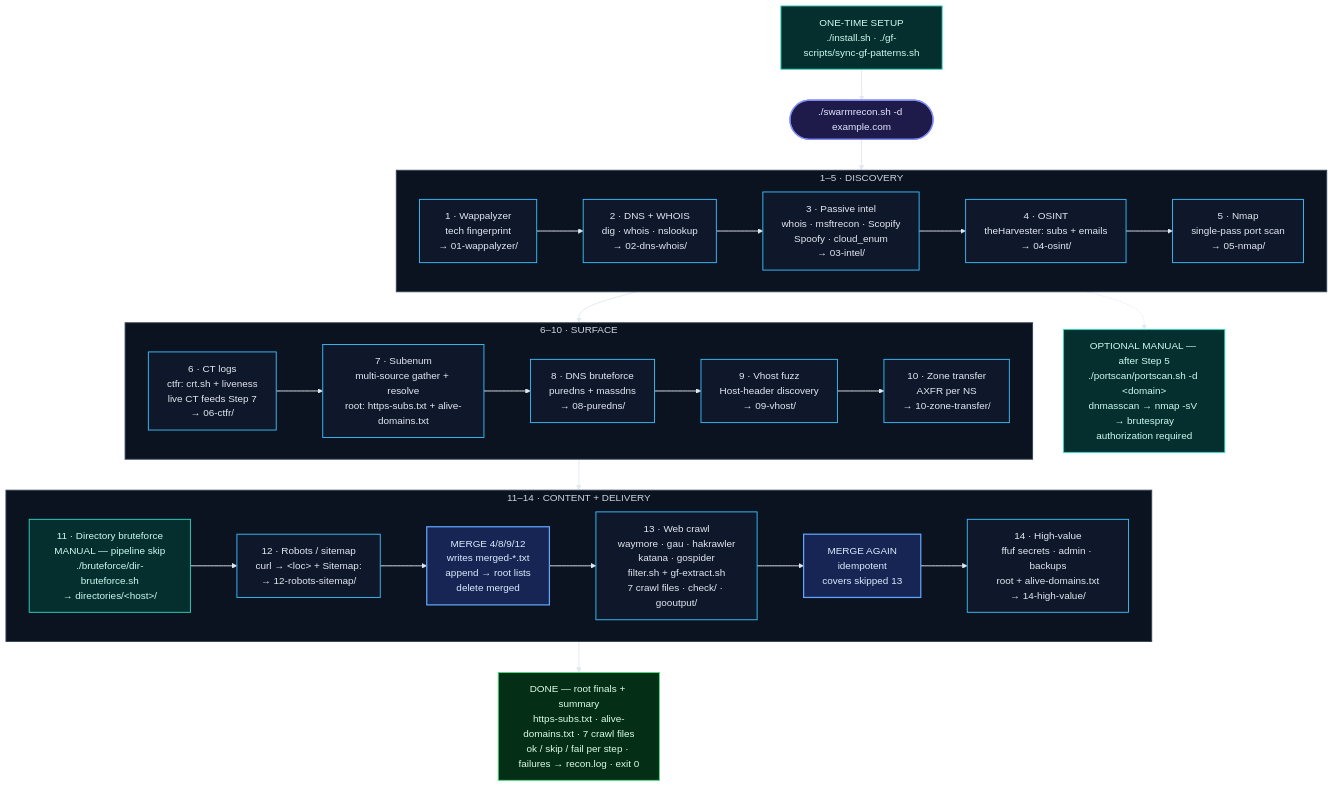
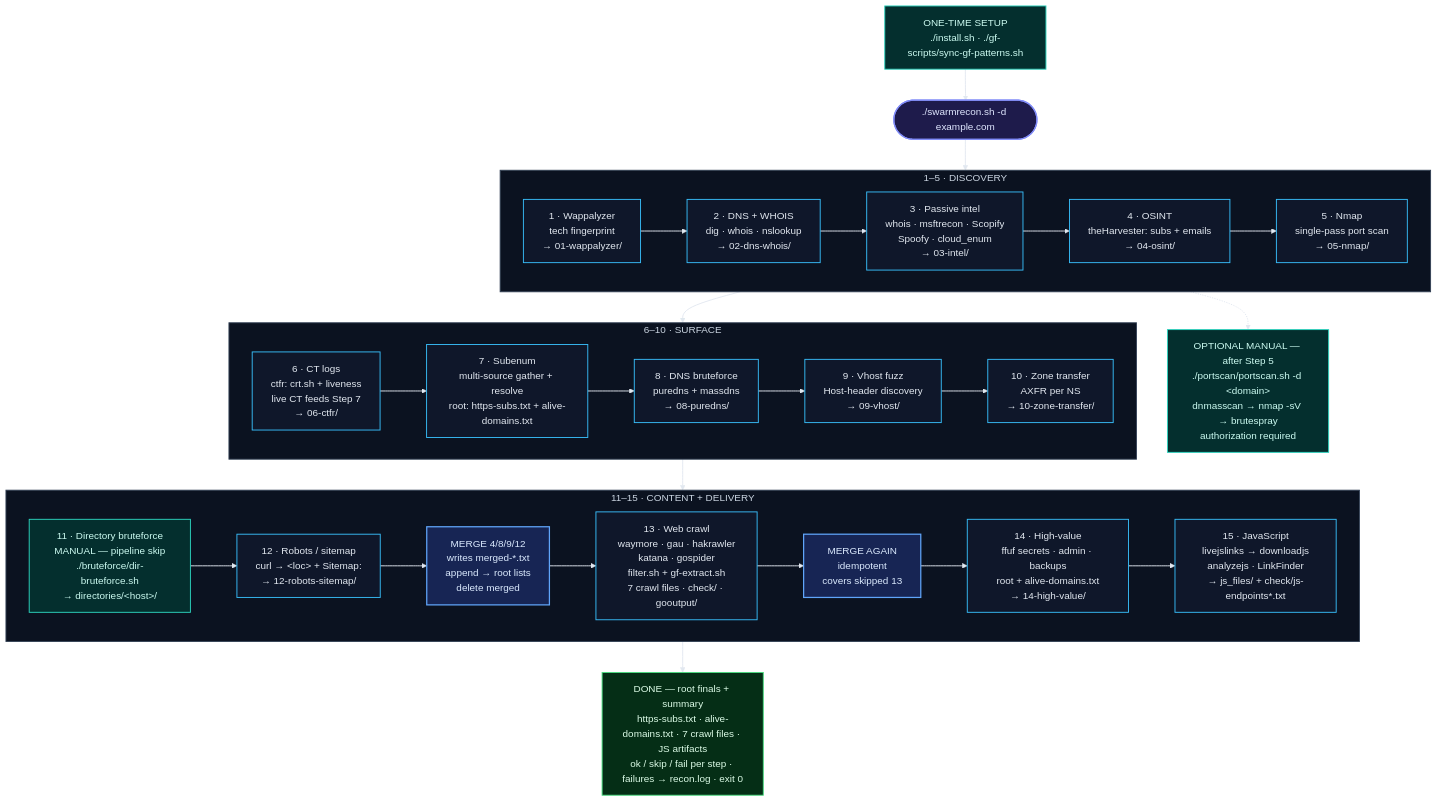
The second of 2 diagrams in README.md (manojxshrestha/swarmrecon), drawn with Mermaid (neutral theme) before and after one commit. The commit also changed other lines of this file and 6 other files, not shown here.

Commit message:
Add Step 15 JS pipeline (js-links.sh, downloadjs.py, analyzejs.py, linkfinder.sh, js-endpoints.py), update install.sh and README.md

````diff
--- a/README.md
+++ b/README.md
@@ -614,46 +656,47 @@
 ```mermaid
 flowchart TD
     classDef entry fill:#1e1b4b,stroke:#818cf8,stroke-width:2px,color:#e0e7ff
     classDef phase fill:#0f172a,stroke:#38bdf8,stroke-width:1.5px,color:#e2e8f0
     classDef manual fill:#042f2e,stroke:#2dd4bf,stroke-width:1.5px,color:#ccfbf1
     classDef merge fill:#172554,stroke:#60a5fa,stroke-width:2px,color:#dbeafe
     classDef artifact fill:#052e16,stroke:#4ade80,stroke-width:1.5px,color:#dcfce7
 
     SETUP["ONE-TIME SETUP<br/>./install.sh · ./gf-scripts/sync-gf-patterns.sh"]:::manual --> RUN(["./swarmrecon.sh -d example.com"]):::entry
 
     subgraph P1["1–5 · DISCOVERY"]
         direction LR
         S1["1 · Wappalyzer<br/>tech fingerprint<br/>→ 01-wappalyzer/"]:::phase --> S2["2 · DNS + WHOIS<br/>dig · whois · nslookup<br/>→ 02-dns-whois/"]:::phase
         S2 --> S3["3 · Passive intel<br/>whois · msftrecon · Scopify<br/>Spoofy · cloud_enum<br/>→ 03-intel/"]:::phase
         S3 --> S4["4 · OSINT<br/>theHarvester: subs + emails<br/>→ 04-osint/"]:::phase
         S4 --> S5["5 · Nmap<br/>single-pass port scan<br/>→ 05-nmap/"]:::phase
     end
 
     subgraph P2["6–10 · SURFACE"]
         direction LR
         S6["6 · CT logs<br/>ctfr: crt.sh + liveness<br/>live CT feeds Step 7<br/>→ 06-ctfr/"]:::phase --> S7["7 · Subenum<br/>multi-source gather + resolve<br/>root: https-subs.txt + alive-domains.txt"]:::phase
         S7 --> S8["8 · DNS bruteforce<br/>puredns + massdns<br/>→ 08-puredns/"]:::phase
         S8 --> S9["9 · Vhost fuzz<br/>Host-header discovery<br/>→ 09-vhost/"]:::phase
         S9 --> S10["10 · Zone transfer<br/>AXFR per NS<br/>→ 10-zone-transfer/"]:::phase
     end
 
-    subgraph P3["11–14 · CONTENT + DELIVERY"]
+    subgraph P3["11–15 · CONTENT + DELIVERY"]
         direction LR
         S11["11 · Directory bruteforce<br/>MANUAL — pipeline skip<br/>./bruteforce/dir-bruteforce.sh<br/>→ directories/&lt;host&gt;/"]:::manual --> S12["12 · Robots / sitemap<br/>curl → &lt;loc&gt; + Sitemap:<br/>→ 12-robots-sitemap/"]:::phase
         S12 --> M13["MERGE 4/8/9/12<br/>writes merged-*.txt<br/>append → root lists<br/>delete merged"]:::merge
         M13 --> S13["13 · Web crawl<br/>waymore · gau · hakrawler<br/>katana · gospider<br/>filter.sh + gf-extract.sh<br/>7 crawl files · check/ · gooutput/"]:::phase
         S13 --> M14["MERGE AGAIN<br/>idempotent<br/>covers skipped 13"]:::merge
         M14 --> S14["14 · High-value<br/>ffuf secrets · admin · backups<br/>root + alive-domains.txt<br/>→ 14-high-value/"]:::phase
+        S14 --> S15["15 · JavaScript<br/>livejslinks → downloadjs<br/>analyzejs · LinkFinder<br/>→ js_files/ + check/js-endpoints*.txt"]:::phase
     end
 
     RUN --> S1
     S5 --> S6
     S5 -.-> MPORT["OPTIONAL MANUAL — after Step 5<br/>./portscan/portscan.sh -d &lt;domain&gt;<br/>dnmasscan → nmap -sV → brutespray<br/>authorization required"]:::manual
     S10 --> S11
-    S14 --> DONE["DONE — root finals + summary<br/>https-subs.txt · alive-domains.txt · 7 crawl files<br/>ok / skip / fail per step · failures → recon.log · exit 0"]:::artifact
+    S15 --> DONE["DONE — root finals + summary<br/>https-subs.txt · alive-domains.txt · 7 crawl files · JS artifacts<br/>ok / skip / fail per step · failures → recon.log · exit 0"]:::artifact
 
     style P1 fill:#0b1220,stroke:#334155,stroke-width:1.5px,color:#cbd5e1
     style P2 fill:#0b1220,stroke:#334155,stroke-width:1.5px,color:#cbd5e1
     style P3 fill:#0b1220,stroke:#334155,stroke-width:1.5px,color:#cbd5e1
     linkStyle default stroke:#e2e8f0,stroke-width:1.5px
 ```
````
